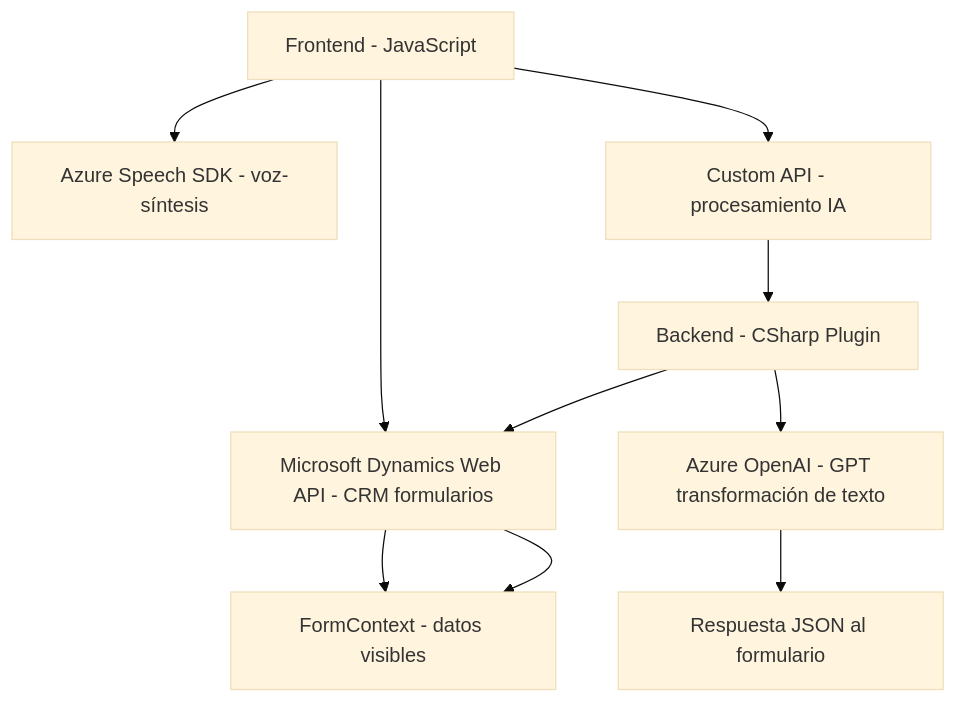
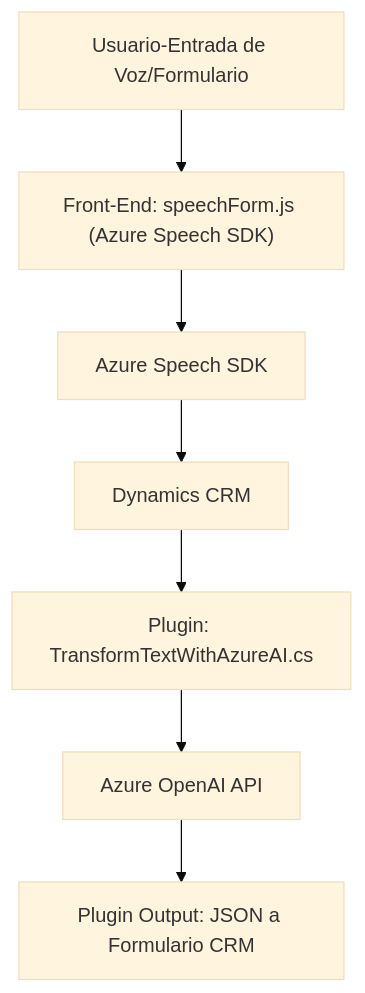
One commit to blopezdm/NETCORE_BILBAO2025 changed the diagram in README.md. Above: the diagram before and after it, drawn with Mermaid (base theme). The commit also changed other lines of this file, not shown here.

````diff
--- a/README.md
+++ b/README.md
@@ -40,14 +43,17 @@
 ```mermaid
 graph TD
-    A["Frontend - JavaScript"] --> B["Azure Speech SDK - voz-síntesis"]
-    A --> C["Microsoft Dynamics Web API - CRM formularios"]
-    C --> D["FormContext - datos visibles"]
-    A --> E["Custom API - procesamiento IA"]
+    A["Usuario-Entrada de Voz/Formulario"]
+    B["Front-End: speechForm.js (Azure Speech SDK)"]
+    C["Azure Speech SDK"]
+    D["Dynamics CRM"]
+    E["Plugin: TransformTextWithAzureAI.cs"]
+    F["Azure OpenAI API"]
+    G["Plugin Output: JSON a Formulario CRM"]
 
-    F["Backend - CSharp Plugin"] --> G["Azure OpenAI - GPT transformación de texto"]
-    F --> C
+    A --> B
+    B --> C
     C --> D
-
+    D --> E
     E --> F
-    G --> H["Respuesta JSON al formulario"]
+    F --> G
 ```
````
